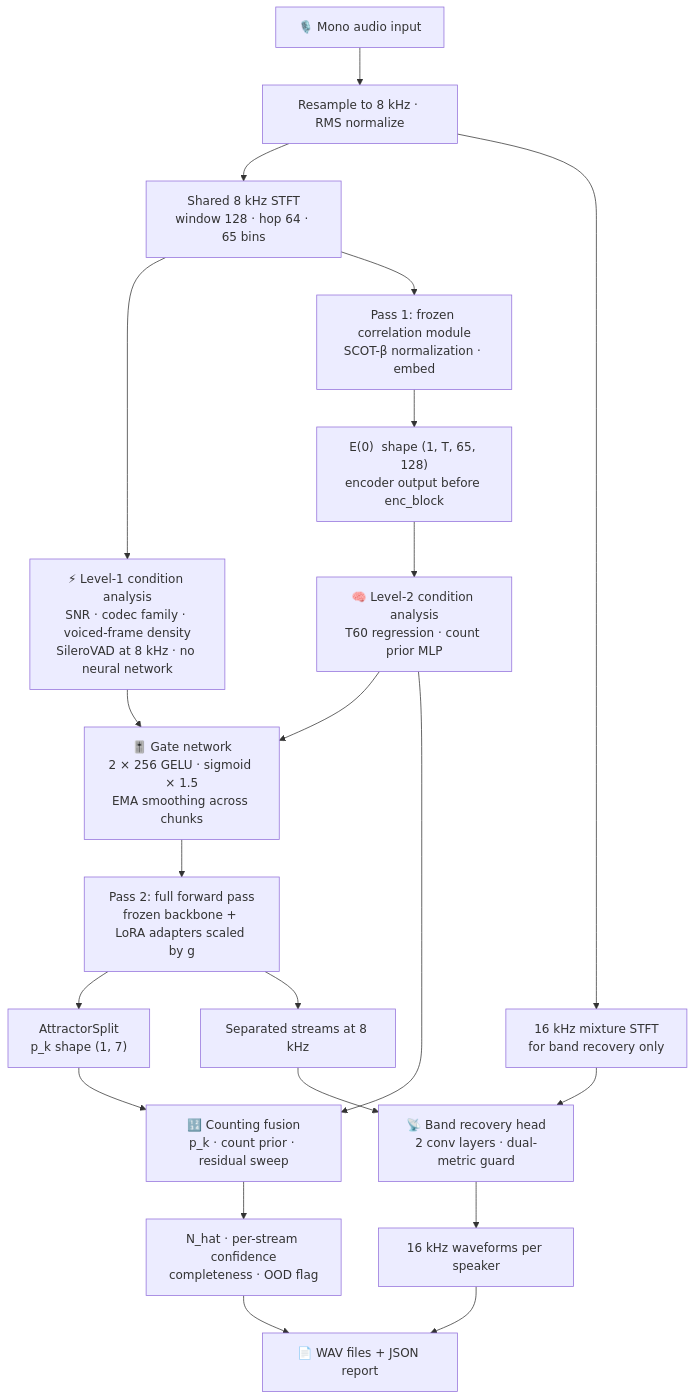
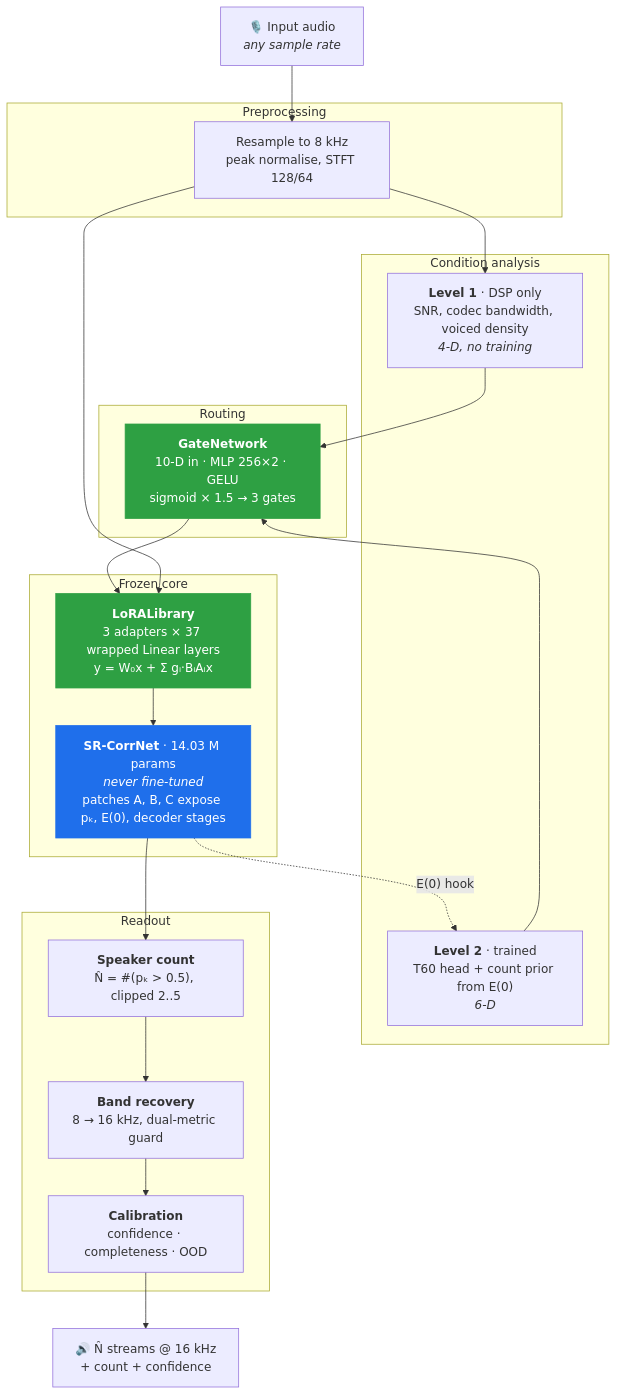
One commit to TECHSCHOLAR777/SINGLE-CHANNEL-SPEECH-SEPARATION-PROJECT changed the first of 2 diagrams in README.md. Above: the diagram before and after it, drawn with Mermaid. The commit also changed other lines of this file, not shown here.

````diff
--- a/README.md
+++ b/README.md
@@ -75,30 +51,38 @@
 ```mermaid
 flowchart TD
-    IN["🎙️ Mono audio input"] --> PRE["Resample to 8 kHz · RMS normalize"]
-    PRE --> STFT8["Shared 8 kHz STFT\nwindow 128 · hop 64 · 65 bins"]
-    PRE --> STFT16["16 kHz mixture STFT\nfor band recovery only"]
+    A["🎙️ Input audio<br/><i>any sample rate</i>"] --> B
 
-    STFT8 --> L1["⚡ Level-1 condition analysis\nSNR · codec family · voiced-frame density\nSileroVAD at 8 kHz · no neural network"]
-    STFT8 --> PASS1["Pass 1: frozen correlation module\nSCOT-β normalization · embed"]
-    PASS1 --> E0["E(0)  shape (1, T, 65, 128)\nencoder output before enc_block"]
-    E0 --> L2["🧠 Level-2 condition analysis\nT60 regression · count prior MLP"]
+    subgraph PRE["Preprocessing"]
+        B["Resample to 8 kHz<br/>peak normalise, STFT 128/64"]
+    end
 
-    L1 --> GATE["🎚️ Gate network\n2 × 256 GELU · sigmoid × 1.5\nEMA smoothing across chunks"]
-    L2 --> GATE
+    subgraph COND["Condition analysis"]
+        L1["<b>Level 1</b> · DSP only<br/>SNR, codec bandwidth, voiced density<br/><i>4-D, no training</i>"]
+        L2["<b>Level 2</b> · trained<br/>T60 head + count prior from E(0)<br/><i>6-D</i>"]
+    end
 
-    GATE --> PASS2["Pass 2: full forward pass\nfrozen backbone + LoRA adapters scaled by g"]
-    PASS2 --> SPLIT["AttractorSplit\np_k  shape (1, 7)"]
-    PASS2 --> SEP8["Separated streams at 8 kHz"]
+    subgraph ROUTE["Routing"]
+        G["<b>GateNetwork</b><br/>10-D in · MLP 256×2 · GELU<br/>sigmoid × 1.5 → 3 gates"]
+    end
 
-    SPLIT --> COUNT["🔢 Counting fusion\np_k · count prior · residual sweep"]
-    L2 --> COUNT
+    subgraph CORE["Frozen core"]
+        LORA["<b>LoRALibrary</b><br/>3 adapters × 37 wrapped Linear layers<br/>y = W₀x + Σ gᵢ·BᵢAᵢx"]
+        BB["<b>SR-CorrNet</b> · 14.03 M params<br/><i>never fine-tuned</i><br/>patches A, B, C expose pₖ, E(0), decoder stages"]
+    end
 
-    SEP8 --> BR["📡 Band recovery head\n2 conv layers · dual-metric guard"]
-    STFT16 --> BR
+    subgraph OUT["Readout"]
+        N["<b>Speaker count</b><br/>N̂ = #(pₖ > 0.5), clipped 2..5"]
+        BR["<b>Band recovery</b><br/>8 → 16 kHz, dual-metric guard"]
+        CAL["<b>Calibration</b><br/>confidence · completeness · OOD"]
+    end
 
-    BR --> OUT16["16 kHz waveforms per speaker"]
-    COUNT --> CONF["N_hat · per-stream confidence\ncompleteness · OOD flag"]
+    B --> L1 --> G
+    BB -. "E(0) hook" .-> L2 --> G
+    G --> LORA --> BB
+    B --> LORA
+    BB --> N --> BR --> CAL --> Z["🔊 N̂ streams @ 16 kHz<br/>+ count + confidence"]
 
-    OUT16 --> REPORT["📄 WAV files + JSON report"]
-    CONF --> REPORT
+    style BB fill:#1f6feb,stroke:#1f6feb,color:#fff
+    style LORA fill:#2ea043,stroke:#2ea043,color:#fff
+    style G fill:#2ea043,stroke:#2ea043,color:#fff
 ```
````
